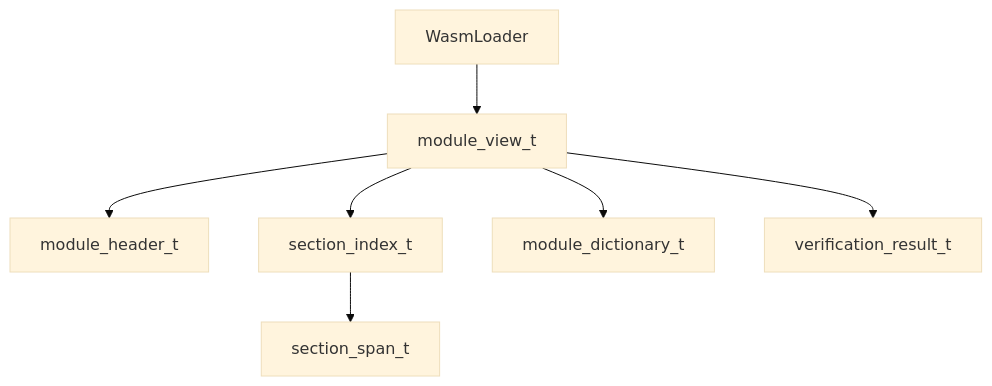
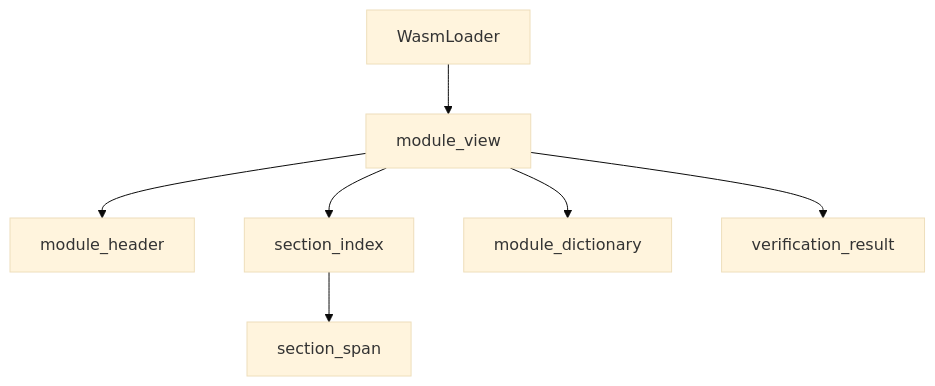
The first of 3 diagrams in docs/orders/components/loader.md (kmt-t/fireball), drawn with Mermaid (base theme) before and after one commit. The commit also changed other lines of this file and 20 other files, not shown here.

````diff
--- a/docs/orders/components/loader.md
+++ b/docs/orders/components/loader.md
@@ -15,9 +15,9 @@
 ```mermaid
 graph TB
-    Loader[WasmLoader] --> Module[module_view_t]
-    Module --> Header[module_header_t]
-    Module --> Sections[section_index_t]
-    Module --> Dict[module_dictionary_t]
-    Module --> Verify[verification_result_t]
-    Sections --> Span[section_span_t]
+    Loader[WasmLoader] --> Module[module_view]
+    Module --> Header[module_header]
+    Module --> Sections[section_index]
+    Module --> Dict[module_dictionary]
+    Module --> Verify[verification_result]
+    Sections --> Span[section_span]
 ```
````
